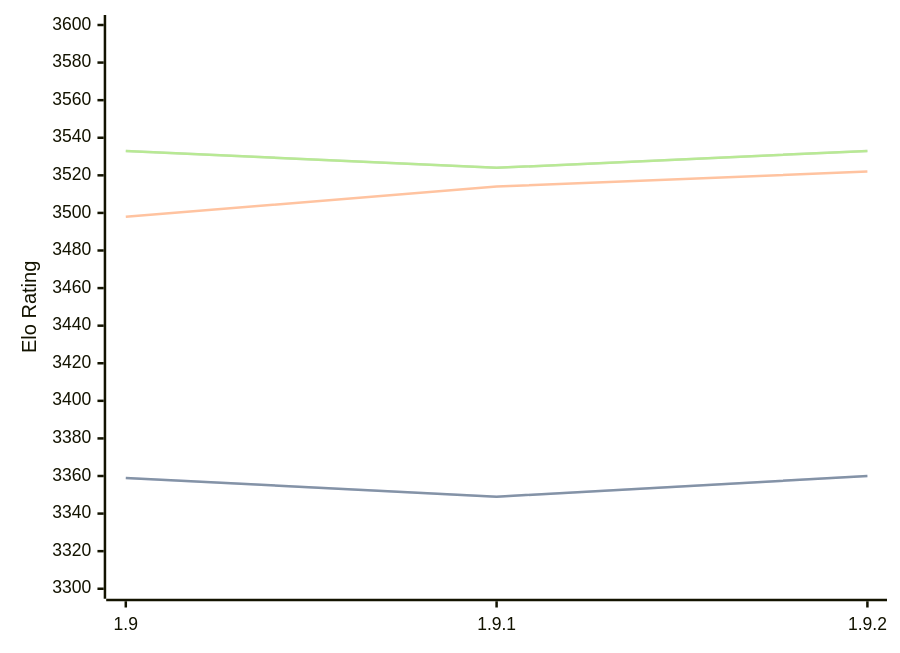
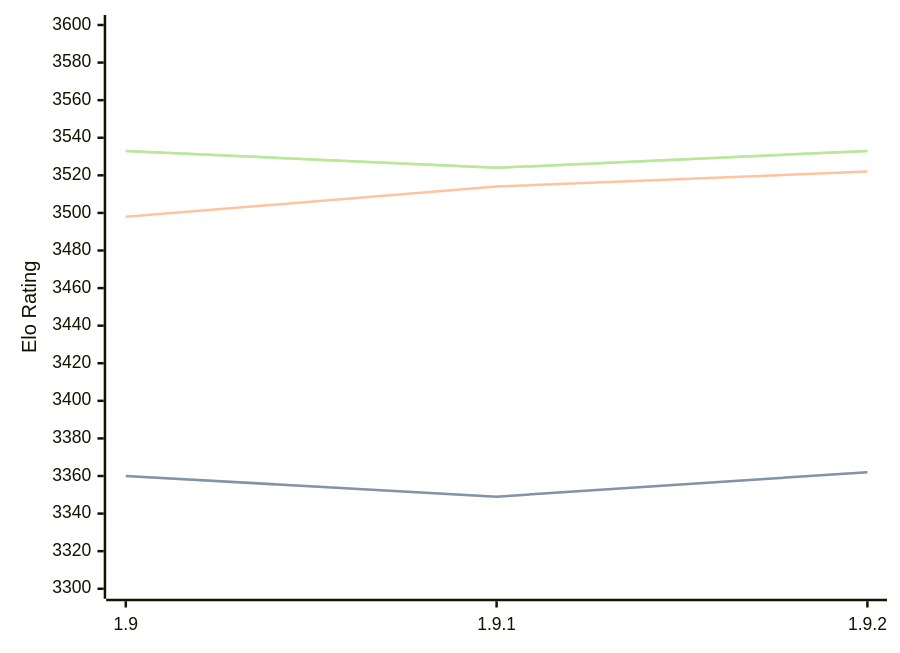
Before and after one commit to computer-chess-index/cci: the first of 3 diagrams in engines/Pawnocchio.md, drawn with Mermaid. The commit also changed other lines of this file, not shown here.

````diff
--- a/engines/Pawnocchio.md
+++ b/engines/Pawnocchio.md
@@ -48,11 +48,11 @@
 ```mermaid
 %%{init: {"theme":"base","themeVariables":{"seriesColors:['#a3a3a3','#222221','#faa371']}}}%%
 xychart-beta
   x-axis ["1.9", "1.9.1", "1.9.2"]
   y-axis "Elo Rating" 3300 --> 3600
-  line "STC (8.0+0.08s)" [3359, 3349, 3360]
-  line "STC (8.0+0.08s)" [3359, 3349, 3360]
+  line "STC (8.0+0.08s)" [3360, 3349, 3362]
+  line "STC (8.0+0.08s)" [3360, 3349, 3362]
   line "LTC (60.0+0.60s)" [3498, 3514, 3522]
   line "VLTC (2m24s+1.12s)" [3533, 3524, 3533]
   line "VLTC (2m24s+1.12s)" [3533, 3524, 3533]
 ```
````
